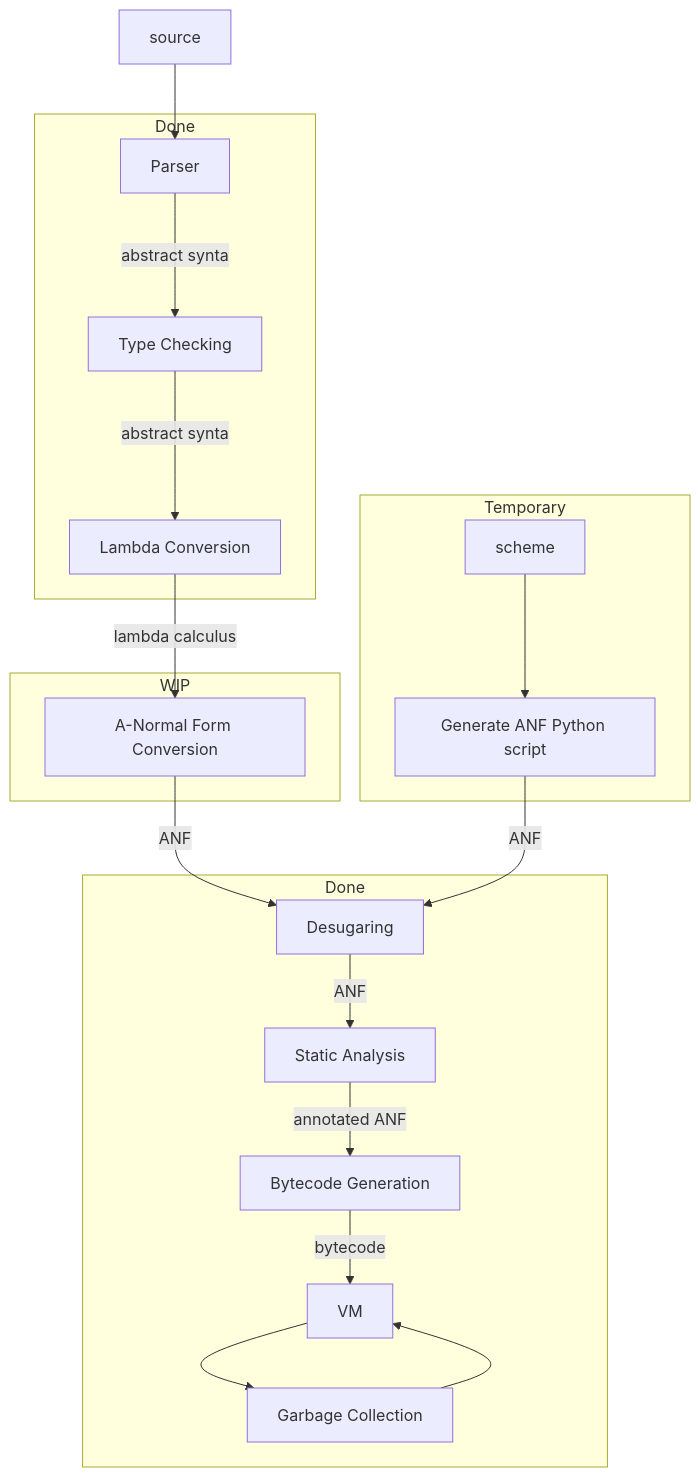
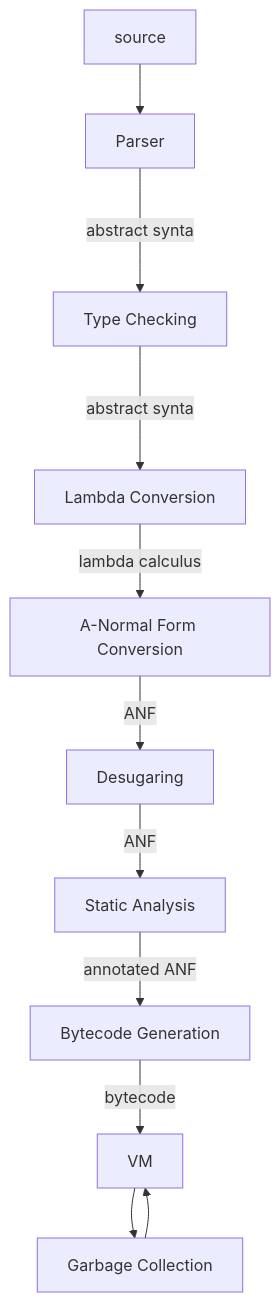
One commit to billhails/CEKF changed the diagram in README.md. Above: the diagram before and after it, drawn with Mermaid. The commit also changed other lines of this file, not shown here.

````diff
--- a/README.md
+++ b/README.md
@@ -63,36 +63,16 @@
 ```mermaid
 flowchart TD
-source -->
-AST[Parser] --abstract syntax-->
-check[Type Checking] --abstract syntax-->
-lambda[Lambda Conversion] --lambda calculus-->
-anf[A-Normal Form Conversion] --ANF-->
-desugaring2[Desugaring]
-static[Static Analysis] --annotated ANF-->
+
+source --> AST[Parser]
+ --abstract syntax-->  
+check[Type Checking] --abstract syntax-->  
+lambda[Lambda Conversion] --lambda calculus-->  
+anf[A-Normal Form Conversion] --ANF-->  
+desugaring2[Desugaring]  
+static[Static Analysis] --annotated ANF-->  
 Bytecode[Bytecode Generation] --bytecode--> VM
-scheme -->
-make_ast[Generate ANF Python script] --ANF-->
 desugaring2 --ANF-->
 static
 GC[Garbage Collection] --> VM
 VM --> GC
-subgraph done1[Done]
-   desugaring2
-   static
-   Bytecode
-   VM
-   GC
-end
-subgraph done2[Done]
-   AST
-   check
-   lambda
-end
-subgraph temp[Temporary]
-   scheme
-   make_ast
-end
-subgraph WIP
-   anf
-end
 ```
````
